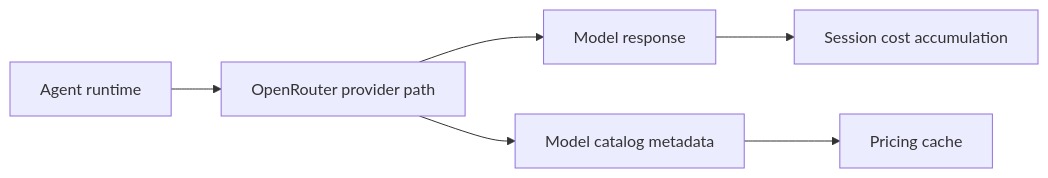
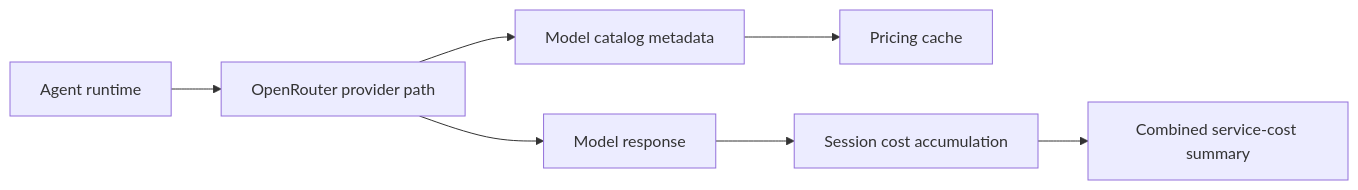
One commit to FajarArrizki/docs changed the diagram in integrations/openrouter/index.mdx. Above: the diagram before and after it, drawn with Mermaid. The commit also changed other lines of this file and 22 other files, not shown here.

````diff
--- a/integrations/openrouter/index.mdx
+++ b/integrations/openrouter/index.mdx
@@ -42,8 +53,9 @@
 ```mermaid
 flowchart LR
     A[Agent runtime] --> B[OpenRouter provider path]
     B --> C[Model response]
     B --> D[Model catalog metadata]
     D --> E[Pricing cache]
     C --> F[Session cost accumulation]
+    F --> G[Combined service-cost summary]
 ```
````
